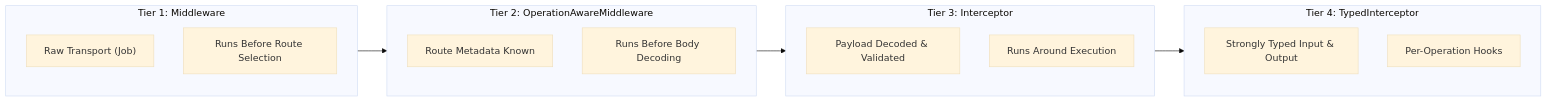
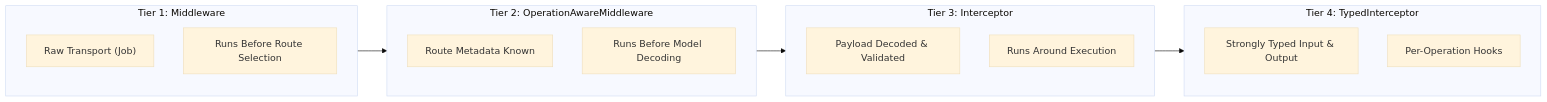
Before and after one commit to Operation-Leyline/crucible: the second of 3 diagrams in docs/framework.md, drawn with Mermaid (base theme). The commit also changed other lines of this file, not shown here.

Commit message:
docs: clarify Tier 2 decoding boundaries and illustrate complete observers in sequence diagram

````diff
--- a/docs/framework.md
+++ b/docs/framework.md
@@ -114,21 +114,21 @@
 ```mermaid
 flowchart LR
     subgraph T1["Tier 1: Middleware"]
         M1["Raw Transport (Job)"]
         M2["Runs Before Route Selection"]
     end
     subgraph T2["Tier 2: OperationAwareMiddleware"]
         OM1["Route Metadata Known"]
-        OM2["Runs Before Body Decoding"]
+        OM2["Runs Before Model Decoding"]
     end
     subgraph T3["Tier 3: Interceptor"]
         I1["Payload Decoded & Validated"]
         I2["Runs Around Execution"]
     end
     subgraph T4["Tier 4: TypedInterceptor"]
         TI1["Strongly Typed Input & Output"]
         TI2["Per-Operation Hooks"]
     end
 
     T1 --> T2 --> T3 --> T4
 ```
````
